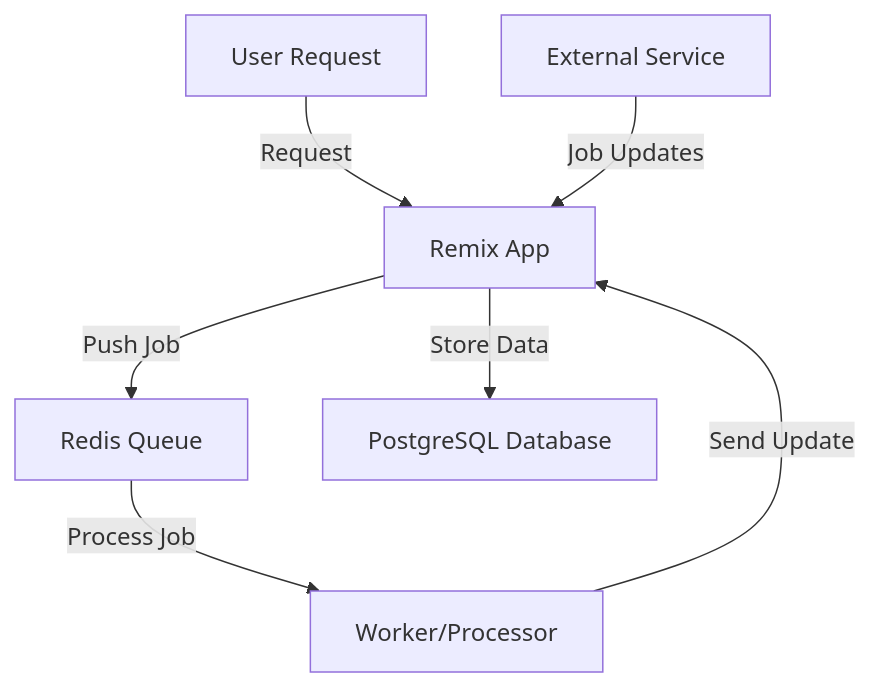
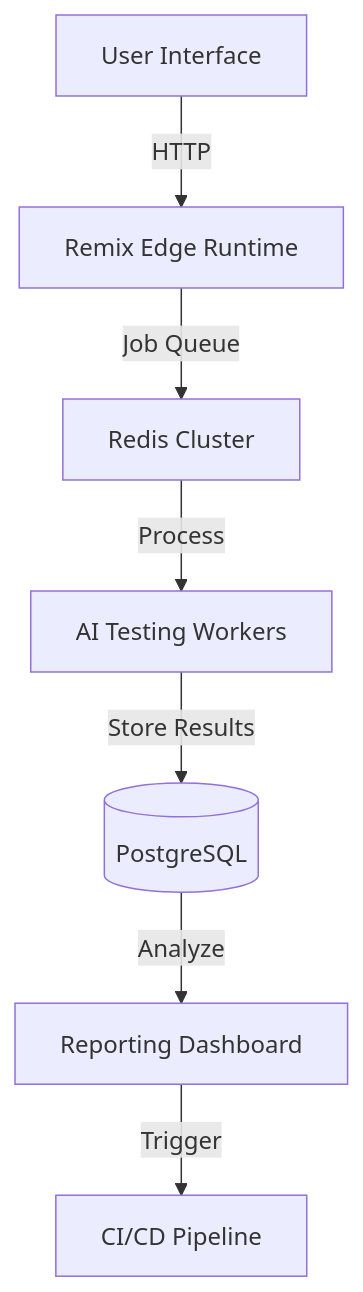
One commit to pokemonlabs/iris changed the diagram in README.md. Above: the diagram before and after it, drawn with Mermaid. The commit also changed other lines of this file, not shown here.

````diff
--- a/README.md
+++ b/README.md
@@ -90,9 +84,9 @@
 ```mermaid
 graph TD
-    A[User Request] -->|Request| B[Remix App]
-    B -->|Push Job| C[Redis Queue]
-    C -->|Process Job| D[Worker/Processor]
-    D -->|Send Update| B
-    B -->|Store Data| E[PostgreSQL Database]
-    F[External Service] -->|Job Updates| B
+    A[User Interface] -->|HTTP| B[Remix Edge Runtime]
+    B -->|Job Queue| C[Redis Cluster]
+    C -->|Process| D[AI Testing Workers]
+    D -->|Store Results| E[(PostgreSQL)]
+    E -->|Analyze| F[Reporting Dashboard]
+    F -->|Trigger| G[CI/CD Pipeline]
 ```
````
